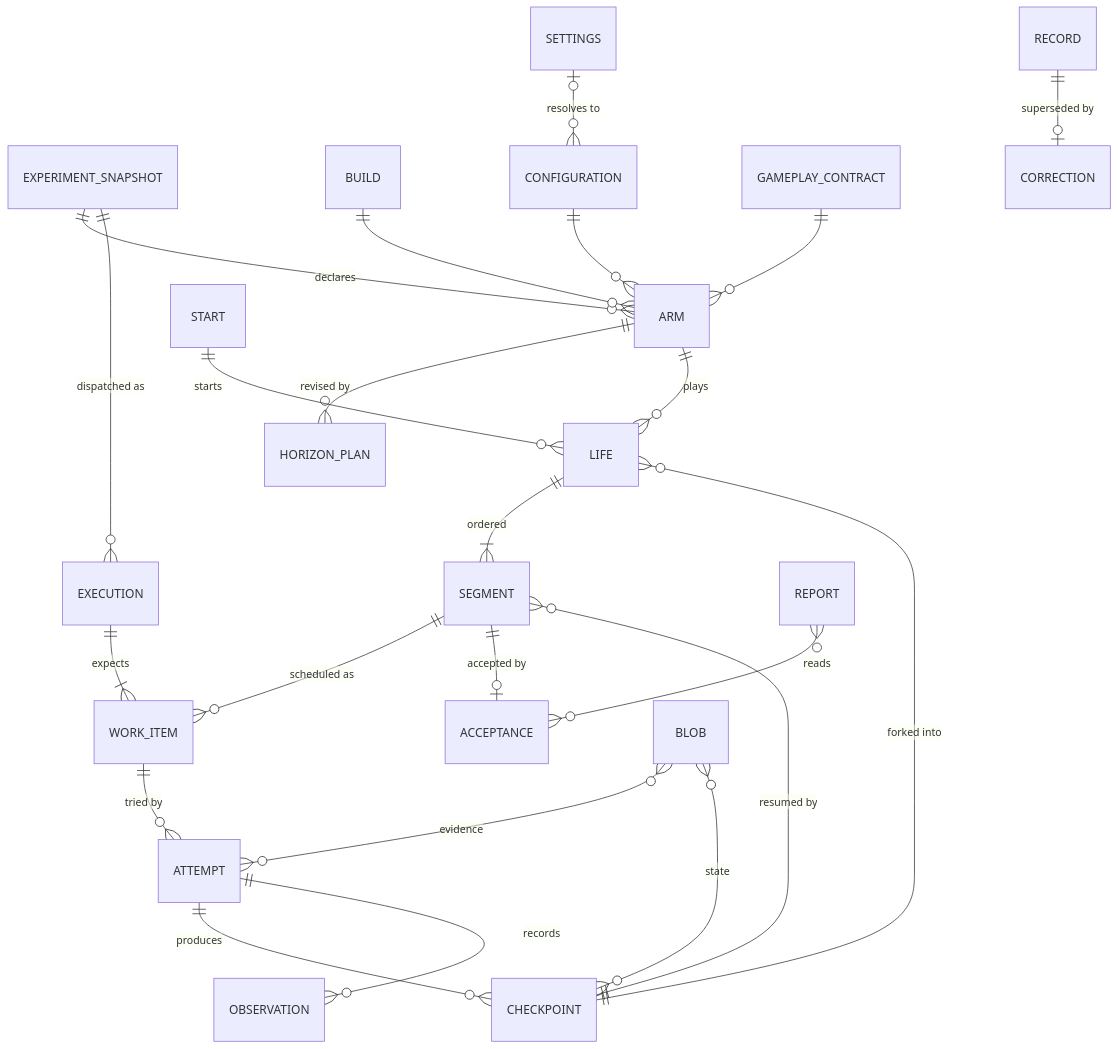
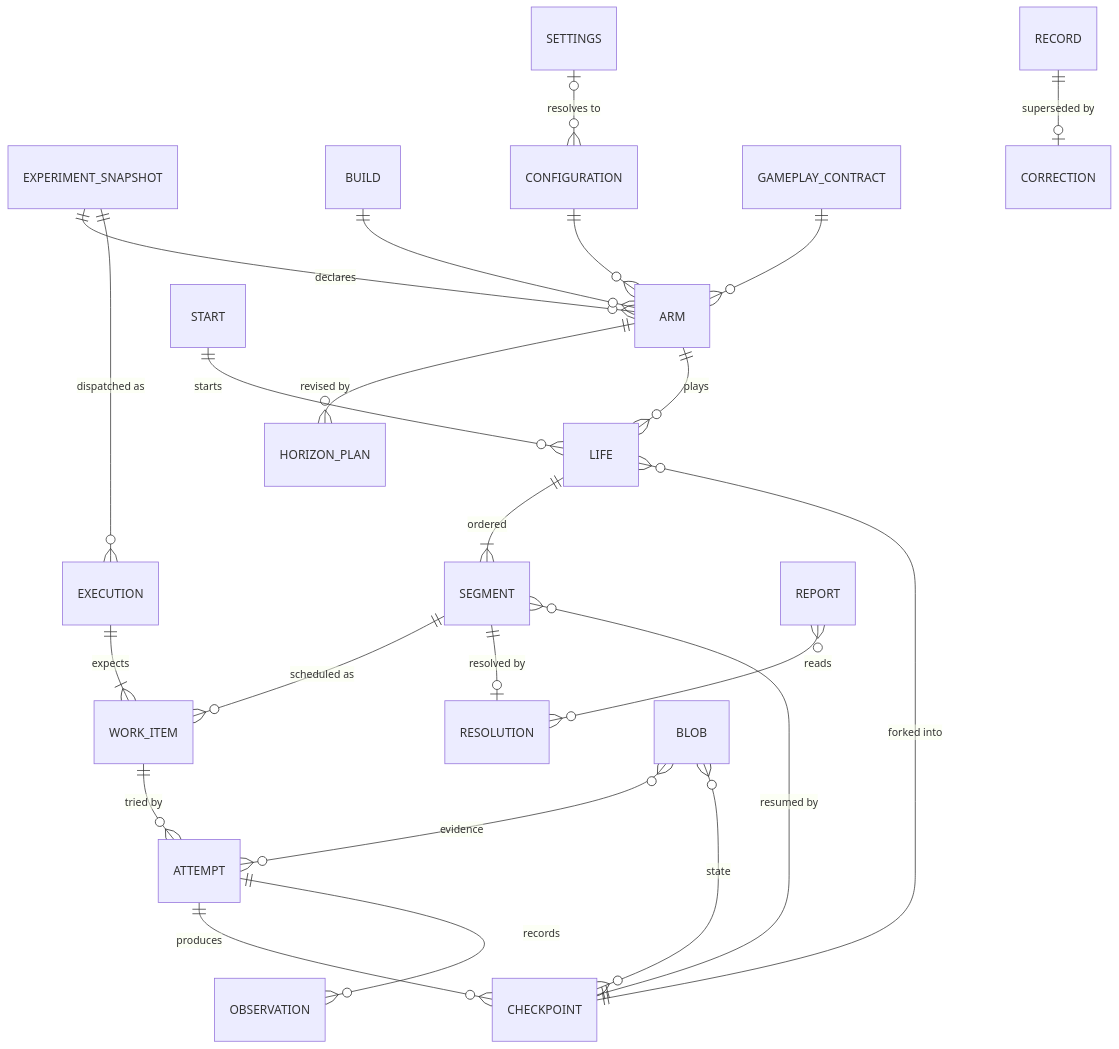
The diagram in docs/data-foundation/ARCHITECTURE.md (diegoami/borg-zoo), drawn with Mermaid before and after one commit. The commit also changed other lines of this file and 4 other files, not shown here.

````diff
--- a/docs/data-foundation/ARCHITECTURE.md
+++ b/docs/data-foundation/ARCHITECTURE.md
@@ -31,25 +31,25 @@
 ```mermaid
 erDiagram
     EXPERIMENT_SNAPSHOT ||--o{ ARM : "declares"
     BUILD ||--o{ ARM : ""
     CONFIGURATION ||--o{ ARM : ""
     SETTINGS |o--o{ CONFIGURATION : "resolves to"
     GAMEPLAY_CONTRACT ||--o{ ARM : ""
     ARM ||--o{ HORIZON_PLAN : "revised by"
     EXPERIMENT_SNAPSHOT ||--o{ EXECUTION : "dispatched as"
     EXECUTION ||--|{ WORK_ITEM : "expects"
     ARM ||--o{ LIFE : "plays"
     START ||--o{ LIFE : "starts"
     LIFE ||--|{ SEGMENT : "ordered"
     WORK_ITEM ||--o{ ATTEMPT : "tried by"
     SEGMENT ||--o{ WORK_ITEM : "scheduled as"
-    SEGMENT ||--o| ACCEPTANCE : "accepted by"
+    SEGMENT ||--o| RESOLUTION : "resolved by"
     ATTEMPT ||--o{ CHECKPOINT : "produces"
     CHECKPOINT ||--o{ SEGMENT : "resumed by"
     CHECKPOINT ||--o{ LIFE : "forked into"
     ATTEMPT ||--o{ OBSERVATION : "records"
     BLOB }o--o{ ATTEMPT : "evidence"
     BLOB }o--o{ CHECKPOINT : "state"
-    REPORT }o--o{ ACCEPTANCE : "reads"
+    REPORT }o--o{ RESOLUTION : "reads"
     RECORD ||--o| CORRECTION : "superseded by"
 ```
````
